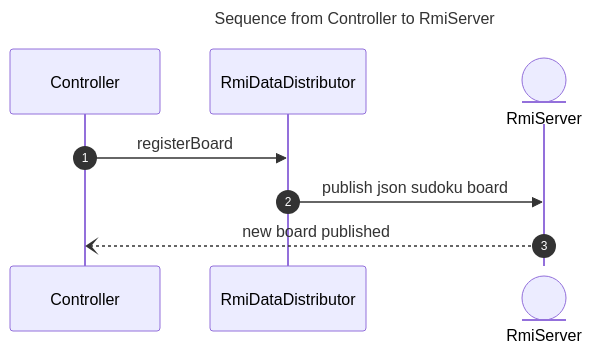
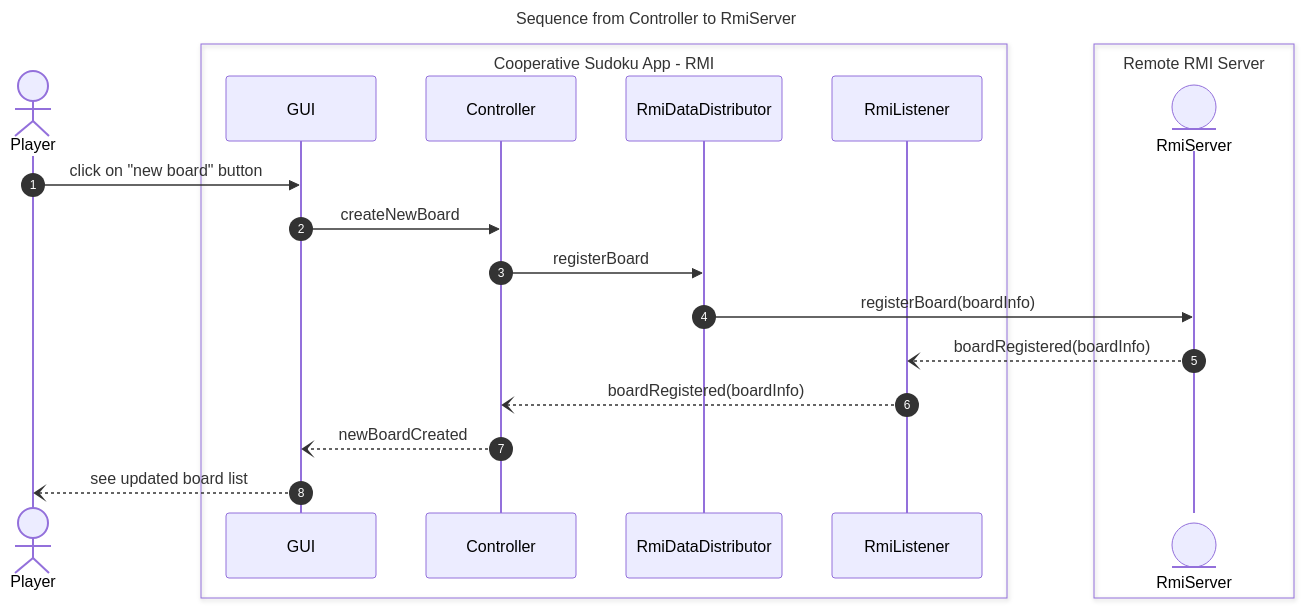
Before and after one commit to TeoV00/coop-sudoku-pcd: the seventh of 7 diagrams in README.md, drawn with Mermaid. The commit also changed other lines of this file and 3 other files, not shown here.

````diff
--- a/README.md
+++ b/README.md
@@ -397,14 +402,27 @@
 ``` mermaid 
 ---
 title: Sequence from Controller to RmiServer
 ---
 sequenceDiagram
 autonumber
+  actor Player 
+  box Cooperative Sudoku App - RMI
+  participant GUI
   participant Controller
   participant RmiDataDistributor
+  participant RmiListener
+  end
+
+  box Remote RMI Server
   participant RmiServer@{ "type" : "entity" }
+  end
 
+  Player ->> GUI: click on "new board" button
+  GUI ->> Controller : createNewBoard
   Controller ->> RmiDataDistributor: registerBoard
-  RmiDataDistributor ->> RmiServer: publish json sudoku board
-  RmiServer --) Controller : new board published
+  RmiDataDistributor ->> RmiServer: registerBoard(boardInfo)
+  RmiServer --) RmiListener : boardRegistered(boardInfo)
+  RmiListener --) Controller : boardRegistered(boardInfo)
+  Controller --) GUI : newBoardCreated
+  GUI --) Player : see updated board list
 ```
````
